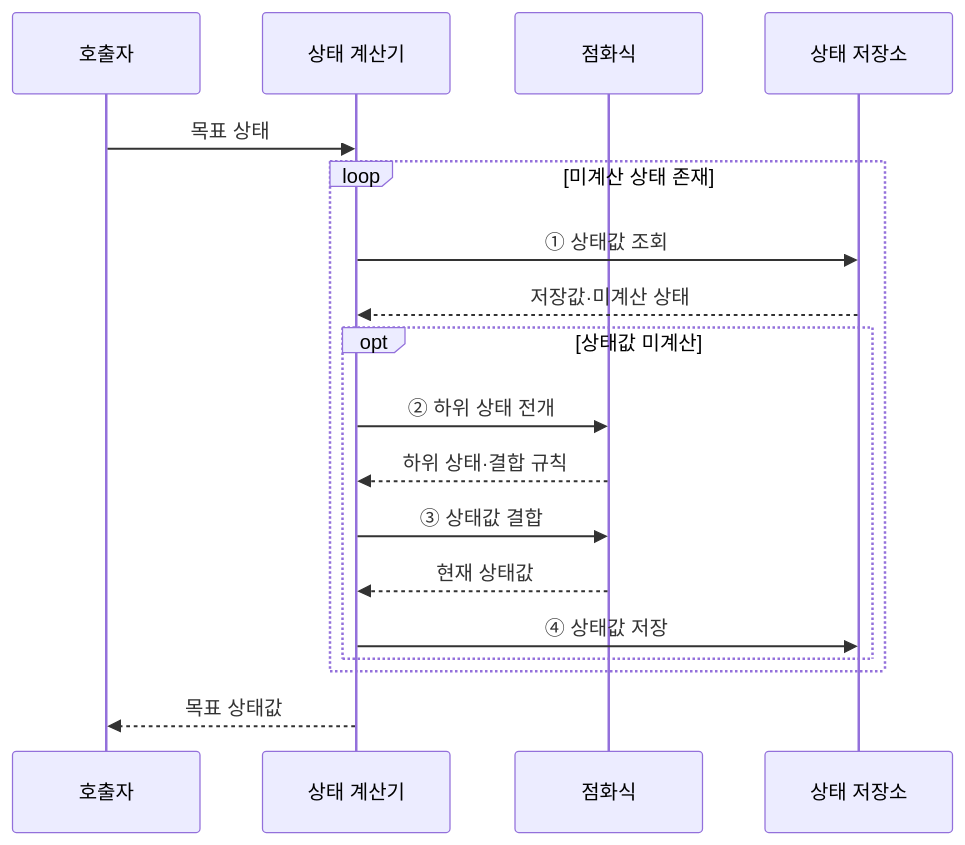
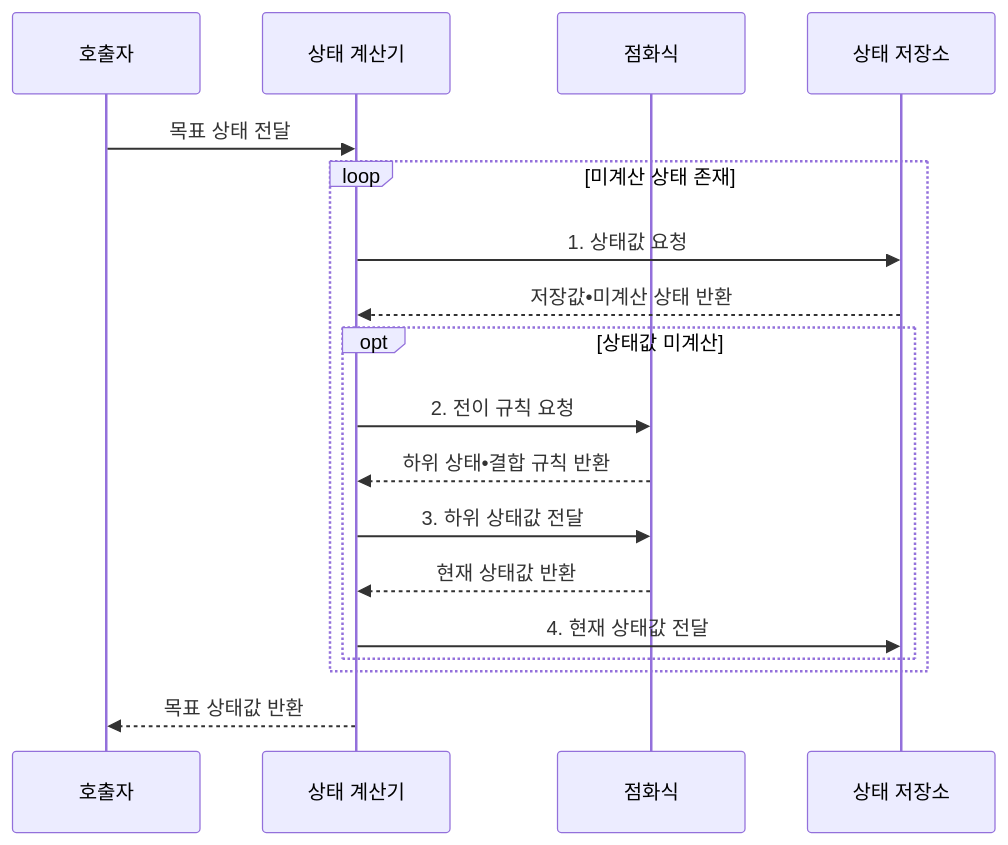
Before and after one commit to agnusdei1207/knowledge-base: the second of 3 diagrams in src/content/docs/notes/01-basic-theory/013_dynamic_programming.md, drawn with Mermaid. The commit also changed other lines of this file and 20 other files, not shown here.

````diff
--- a/src/content/docs/notes/01-basic-theory/013_dynamic_programming.md
+++ b/src/content/docs/notes/01-basic-theory/013_dynamic_programming.md
@@ -72,20 +78,20 @@
 ```mermaid
 sequenceDiagram
     participant Q as 호출자
     participant P as 상태 계산기
     participant R as 점화식
     participant M as 상태 저장소
-    Q->>P: 목표 상태
+    Q->>P: 목표 상태 전달
     loop 미계산 상태 존재
-        P->>M: ① 상태값 조회
-        M-->>P: 저장값·미계산 상태
+        P->>M: 1. 상태값 요청
+        M-->>P: 저장값•미계산 상태 반환
         opt 상태값 미계산
-            P->>R: ② 하위 상태 전개
-            R-->>P: 하위 상태·결합 규칙
-            P->>R: ③ 상태값 결합
-            R-->>P: 현재 상태값
-            P->>M: ④ 상태값 저장
+            P->>R: 2. 전이 규칙 요청
+            R-->>P: 하위 상태•결합 규칙 반환
+            P->>R: 3. 하위 상태값 전달
+            R-->>P: 현재 상태값 반환
+            P->>M: 4. 현재 상태값 전달
         end
     end
-    P-->>Q: 목표 상태값
+    P-->>Q: 목표 상태값 반환
 ```
````
